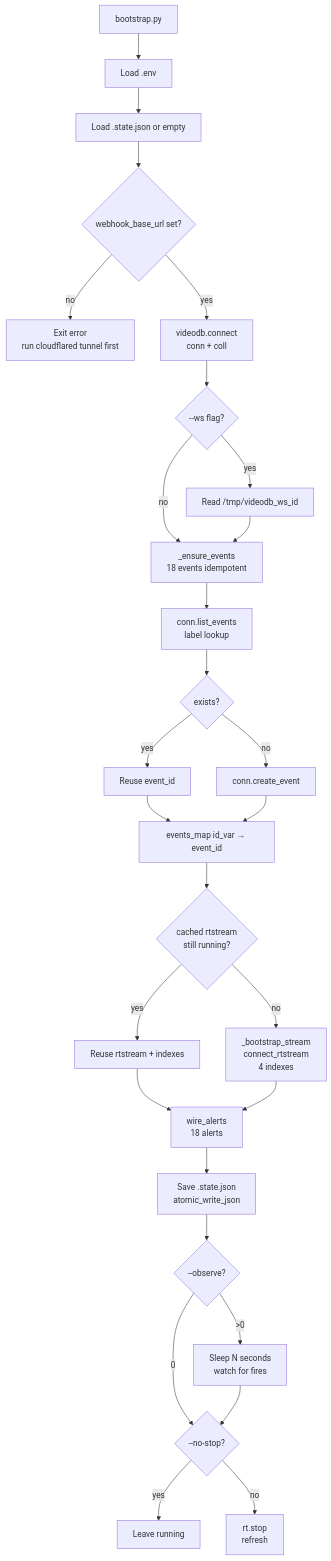
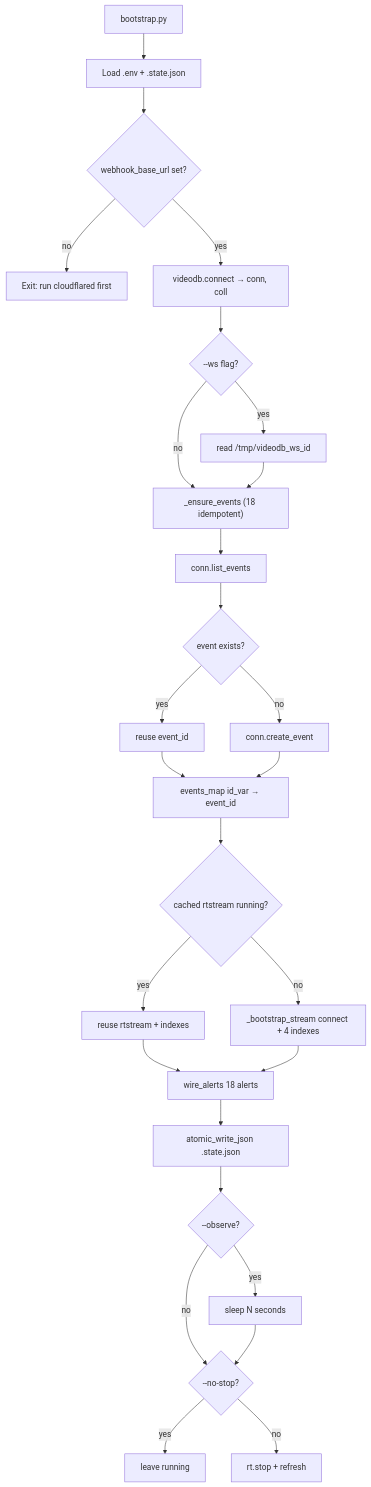
One commit to skalkii/wildwatch changed the eighth of 11 diagrams in docs/FEATURE_FLOWS.md. Above: the diagram before and after it, drawn with Mermaid. The commit also changed other lines of this file and 1 other file, not shown here.

First line of the commit message:
docs: slim FEATURE_FLOWS + REPO_MAP, fix 2 broken Mermaid charts

````diff
--- a/docs/FEATURE_FLOWS.md
+++ b/docs/FEATURE_FLOWS.md
@@ -373,30 +272,29 @@
 ```mermaid
 flowchart TD
-    A[bootstrap.py] --> B[Load .env]
-    B --> C[Load .state.json or empty]
-    C --> D{webhook_base_url set?}
-    D -->|no| E[Exit error<br/>run cloudflared tunnel first]
-    D -->|yes| F[videodb.connect<br/>conn + coll]
-    F --> G{--ws flag?}
-    G -->|yes| H[Read /tmp/videodb_ws_id]
-    G -->|no| I
-    H --> I[_ensure_events<br/>18 events idempotent]
-    I --> J[conn.list_events<br/>label lookup]
-    J --> K{exists?}
-    K -->|yes| L[Reuse event_id]
-    K -->|no| M[conn.create_event]
-    L --> N
-    M --> N[events_map id_var → event_id]
-    N --> O{cached rtstream<br/>still running?}
-    O -->|yes| P[Reuse rtstream + indexes]
-    O -->|no| Q[_bootstrap_stream<br/>connect_rtstream<br/>4 indexes]
-    P --> R
-    Q --> R[wire_alerts<br/>18 alerts]
-    R --> S[Save .state.json<br/>atomic_write_json]
-    S --> T{--observe?}
-    T -->|>0| U[Sleep N seconds<br/>watch for fires]
-    T -->|0| V
-    U --> V{--no-stop?}
-    V -->|yes| W[Leave running]
-    V -->|no| X[rt.stop<br/>refresh]
+    A["bootstrap.py"] --> B["Load .env + .state.json"]
+    B --> C{"webhook_base_url set?"}
+    C -->|no| EX["Exit: run cloudflared first"]
+    C -->|yes| F["videodb.connect → conn, coll"]
+    F --> G{"--ws flag?"}
+    G -->|yes| H["read /tmp/videodb_ws_id"]
+    G -->|no| I["_ensure_events (18 idempotent)"]
+    H --> I
+    I --> J["conn.list_events"]
+    J --> K{"event exists?"}
+    K -->|yes| L["reuse event_id"]
+    K -->|no| M["conn.create_event"]
+    L --> N["events_map id_var → event_id"]
+    M --> N
+    N --> O{"cached rtstream running?"}
+    O -->|yes| P["reuse rtstream + indexes"]
+    O -->|no| Q["_bootstrap_stream connect + 4 indexes"]
+    P --> R["wire_alerts 18 alerts"]
+    Q --> R
+    R --> S["atomic_write_json .state.json"]
+    S --> T{"--observe?"}
+    T -->|yes| U["sleep N seconds"]
+    T -->|no| V{"--no-stop?"}
+    U --> V
+    V -->|yes| W["leave running"]
+    V -->|no| X["rt.stop + refresh"]
 ```
````
